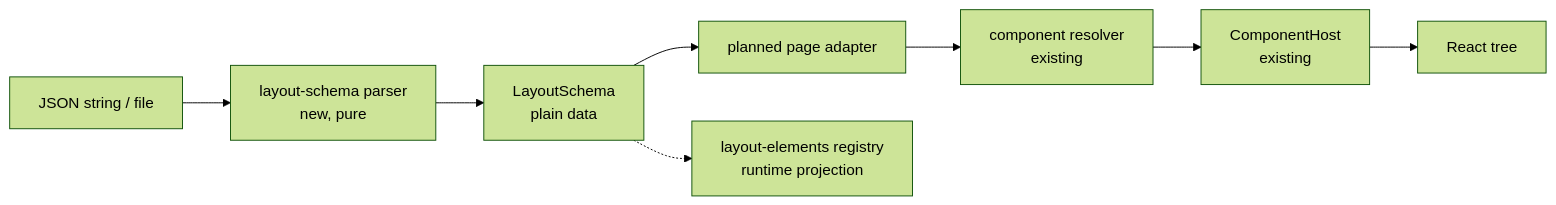
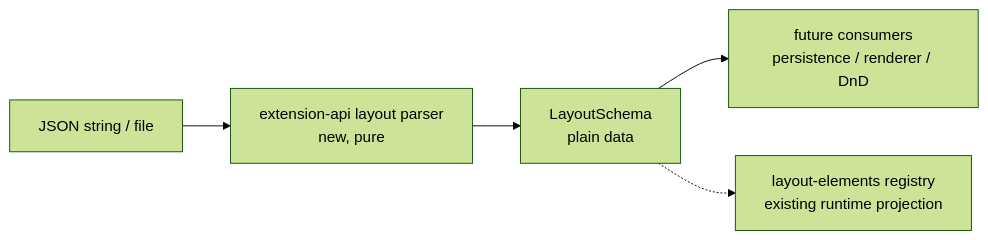
Before and after one commit to DarrenStasiakDev4You/cezar-hackathon-ale-patryk-nazywa-go-brutusem: the diagram in .ai/specs/2026-09-19-create-layout-schema.md, drawn with Mermaid (forest theme). The commit also changed other lines of this file, not shown here.

Commit message:
docs(specs): align layout schema with contract-first model

````diff
--- a/.ai/specs/2026-09-19-create-layout-schema.md
+++ b/.ai/specs/2026-09-19-create-layout-schema.md
@@ -117,10 +125,7 @@
 ```mermaid
 flowchart LR
-  json["JSON string / file"] --> parser["layout-schema parser<br/>new, pure"]
+  json["JSON string / file"] --> parser["extension-api layout parser<br/>new, pure"]
   parser --> model["LayoutSchema<br/>plain data"]
-  model --> adapter["planned page adapter"]
-  adapter --> resolver["component resolver<br/>existing"]
-  resolver --> host["ComponentHost<br/>existing"]
-  host --> react["React tree"]
-  model -.-> registry["layout-elements registry<br/>runtime projection"]
+  model --> future["future consumers<br/>persistence / renderer / DnD"]
+  model -.-> registry["layout-elements registry<br/>existing runtime projection"]
 ```
````
